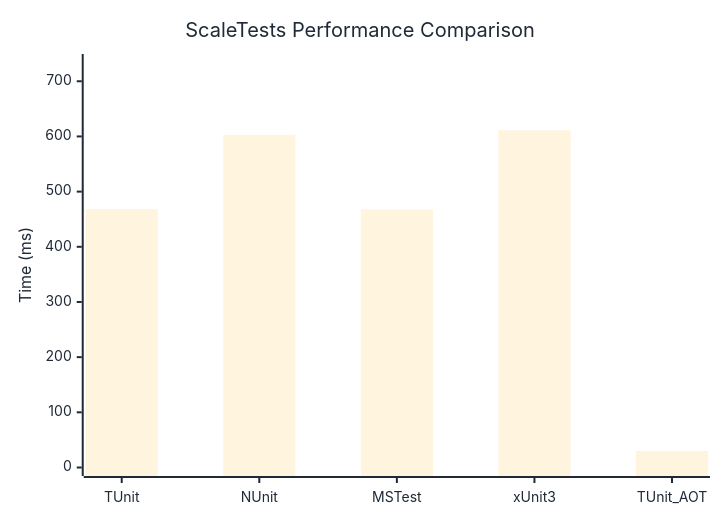
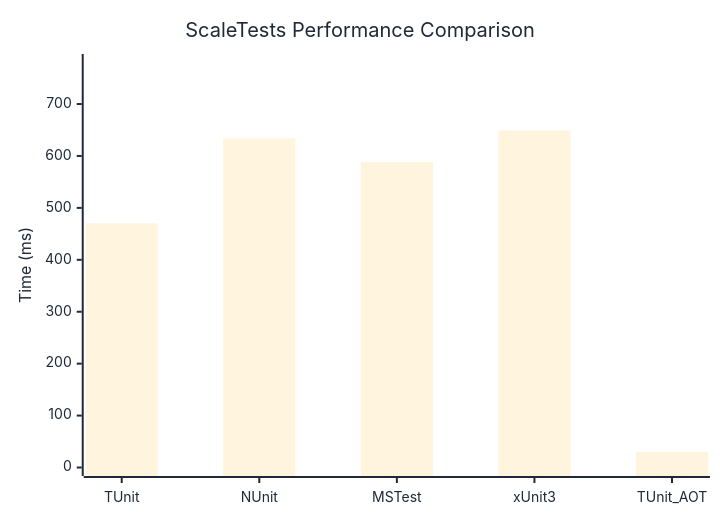
One commit to thomhurst/TUnit changed the diagram in docs/docs/benchmarks/ScaleTests.md. Above: the diagram before and after it, drawn with Mermaid. The commit also changed other lines of this file and 17 other files, not shown here.

````diff
--- a/docs/docs/benchmarks/ScaleTests.md
+++ b/docs/docs/benchmarks/ScaleTests.md
@@ -27,37 +27,37 @@
 ```mermaid
 %%{init: {
   'theme':'base',
   'themeVariables': {
     'primaryColor': '#2563eb',
     'primaryTextColor': '#1f2937',
     'primaryBorderColor': '#1e40af',
     'lineColor': '#6b7280',
     'secondaryColor': '#7c3aed',
     'tertiaryColor': '#dc2626',
     'background': '#ffffff',
     'mainBkg': '#2563eb',
     'secondBkg': '#7c3aed',
     'tertiaryBkg': '#dc2626',
     'clusterBkg': '#f3f4f6',
     'edgeLabelBackground': '#ffffff',
     'tertiaryTextColor': '#1f2937',
     'pie1': '#2563eb',
     'pie2': '#7c3aed',
     'pie3': '#dc2626',
     'pie4': '#f59e0b',
     'pie5': '#10b981',
     'pie6': '#06b6d4',
     'pie7': '#ec4899',
     'pie8': '#6366f1',
     'pie9': '#84cc16',
     'pie10': '#f97316',
     'pie11': '#14b8a6',
     'pie12': '#a855f7'
   }
 }}%%
 xychart-beta
   title "ScaleTests Performance Comparison"
   x-axis ["TUnit", "NUnit", "MSTest", "xUnit3", "TUnit_AOT"]
-  y-axis "Time (ms)" 0 --> 734
-  bar [468.3, 603, 467.75, 611.02, 29.86]
+  y-axis "Time (ms)" 0 --> 780
+  bar [470.12, 633.82, 588.38, 649.18, 30.11]
 ```
````
